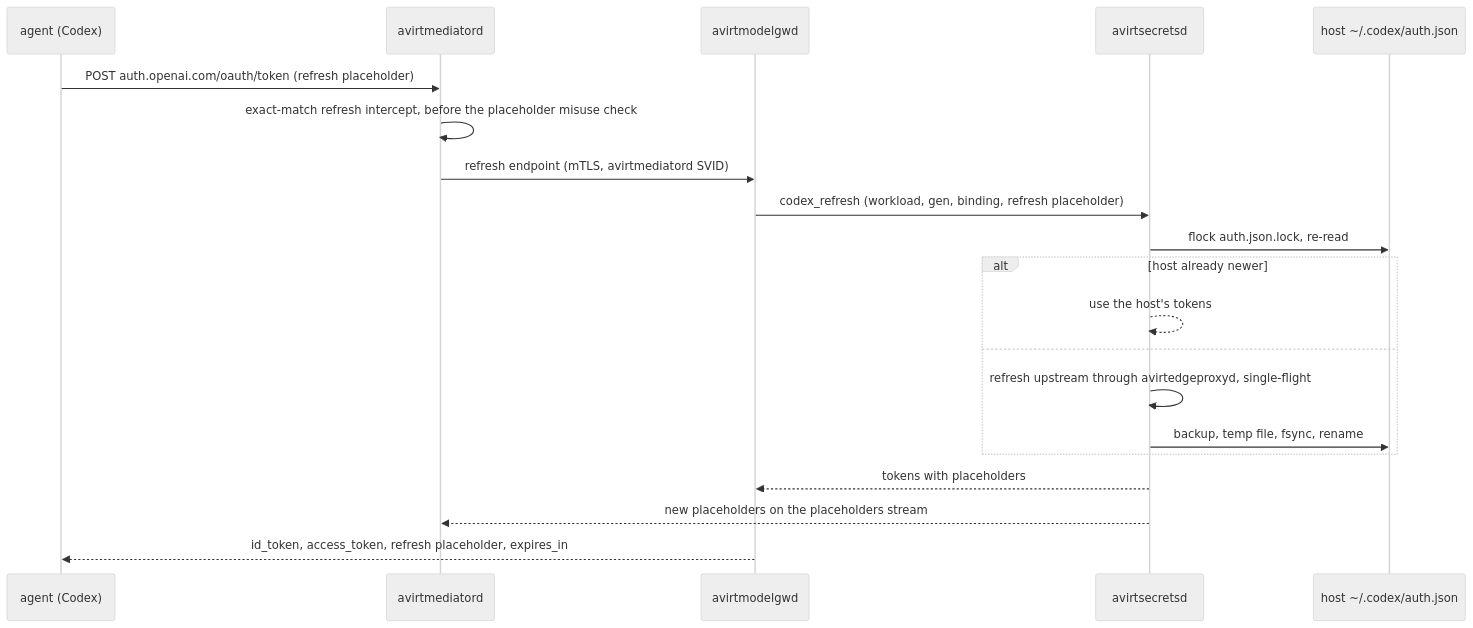
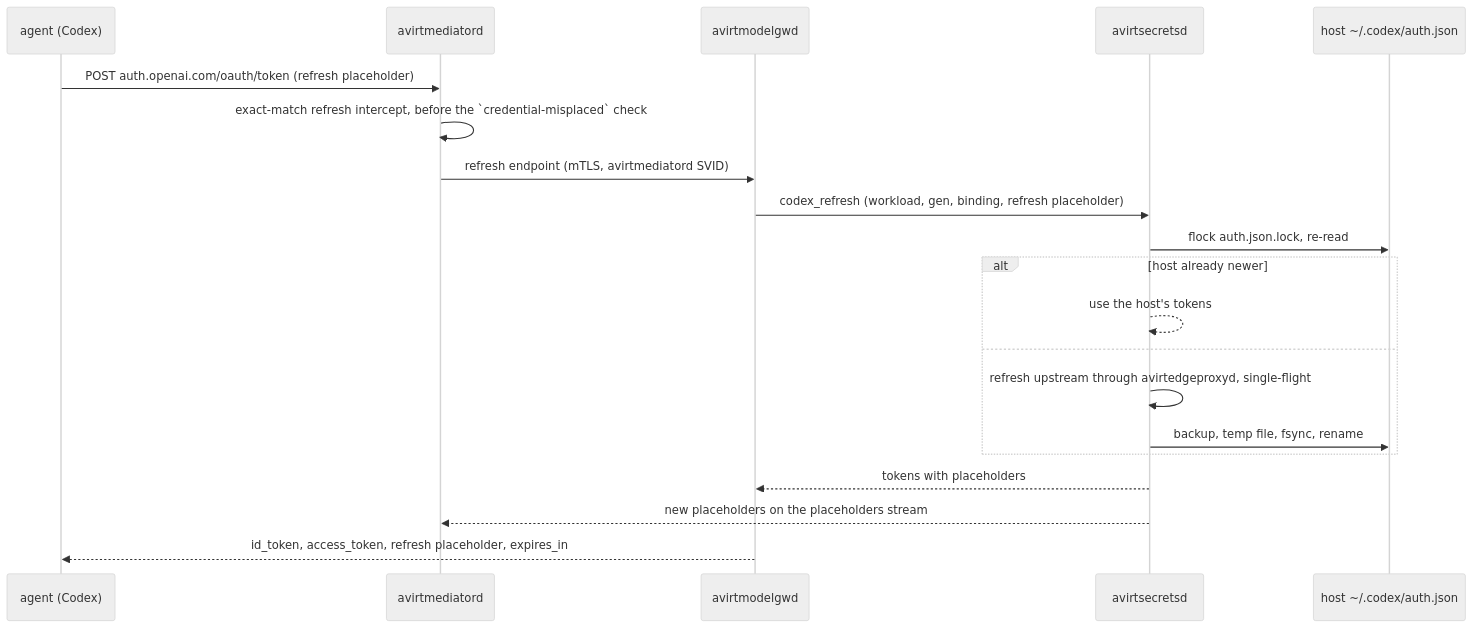
Before and after one commit to tbhb-dev/avirt: the third of 3 diagrams in docs/egress-credentials.md, drawn with Mermaid (neutral theme). The commit also changed other lines of this file and 58 other files, not shown here.

````diff
--- a/docs/egress-credentials.md
+++ b/docs/egress-credentials.md
@@ -249,22 +263,22 @@
 ```mermaid
 sequenceDiagram
     participant A as agent (Codex)
     participant E as avirtmediatord
     participant G as avirtmodelgwd
     participant S as avirtsecretsd
     participant H as host ~/.codex/auth.json
     A->>E: POST auth.openai.com/oauth/token (refresh placeholder)
-    E->>E: exact-match refresh intercept, before the placeholder misuse check
+    E->>E: exact-match refresh intercept, before the `credential-misplaced` check
     E->>G: refresh endpoint (mTLS, avirtmediatord SVID)
     G->>S: codex_refresh (workload, gen, binding, refresh placeholder)
     S->>H: flock auth.json.lock, re-read
     alt host already newer
         S-->>S: use the host's tokens
     else
         S->>S: refresh upstream through avirtedgeproxyd, single-flight
         S->>H: backup, temp file, fsync, rename
     end
     S-->>G: tokens with placeholders
     S-->>E: new placeholders on the placeholders stream
     G-->>A: id_token, access_token, refresh placeholder, expires_in
 ```
````
